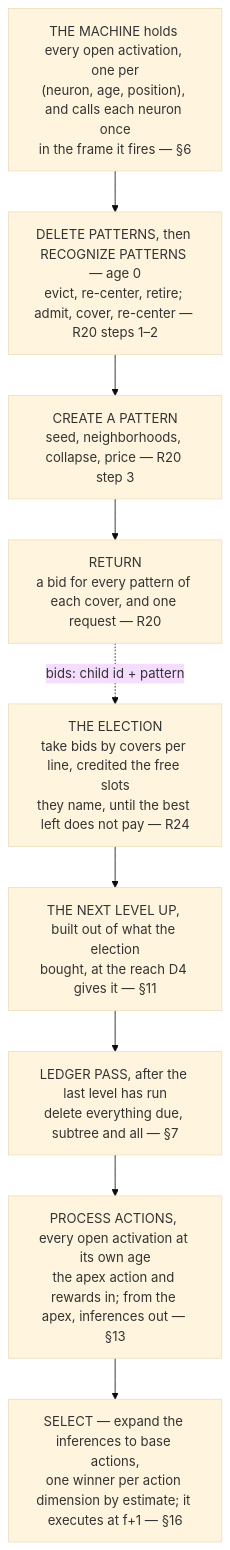
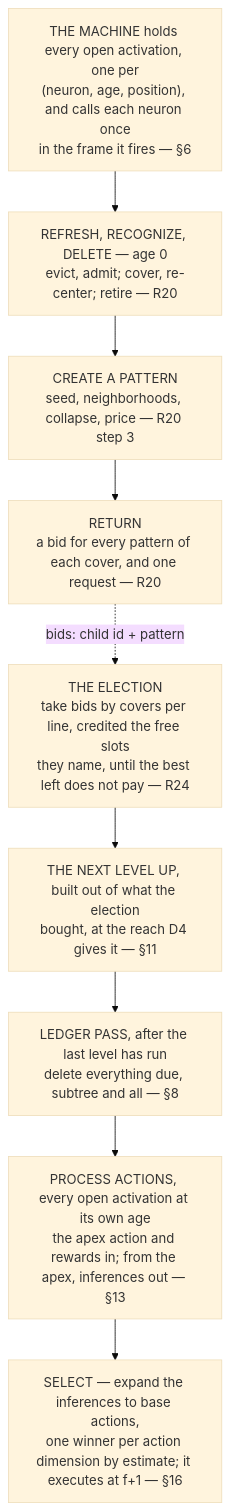
The diagram in docs/algorithm-remarks.md (cucar/robot_brain), drawn with Mermaid (base theme) before and after one commit. The commit also changed other lines of this file and 3 other files, not shown here.

Commit message:
retire after recognition: refresh history, recognize, delete, create, return; recognizing is §7, deleting §8

````diff
--- a/docs/algorithm-remarks.md
+++ b/docs/algorithm-remarks.md
@@ -816,12 +824,12 @@
 ```mermaid
 flowchart TD
     A["THE MACHINE holds every open activation, one per<br/>(neuron, age, position), and calls each neuron once<br/>in the frame it fires — §6"]
-    A --> B["DELETE PATTERNS, then RECOGNIZE PATTERNS — age 0<br/>evict, re-center, retire; admit, cover, re-center — R20 steps 1–2"]
+    A --> B["REFRESH, RECOGNIZE, DELETE — age 0<br/>evict, admit; cover, re-center; retire — R20"]
     B --> M["CREATE A PATTERN<br/>seed, neighborhoods, collapse, price — R20 step 3"]
     M --> P["RETURN<br/>a bid for every pattern of each cover, and one request — R20"]
     P -.->|"bids: child id + pattern"| X["THE ELECTION<br/>take bids by covers per line, credited the free slots<br/>they name, until the best left does not pay — R24"]
     X --> O["THE NEXT LEVEL UP, built out of what the election<br/>bought, at the reach D4 gives it — §11"]
-    O --> Z["LEDGER PASS, after the last level has run<br/>delete everything due, subtree and all — §7"]
+    O --> Z["LEDGER PASS, after the last level has run<br/>delete everything due, subtree and all — §8"]
     Z --> W["PROCESS ACTIONS, every open activation at its own age<br/>the apex action and rewards in; from the apex, inferences out — §13"]
     W --> S["SELECT — expand the inferences to base actions,<br/>one winner per action dimension by estimate; it executes at f+1 — §16"]
 ```
````
